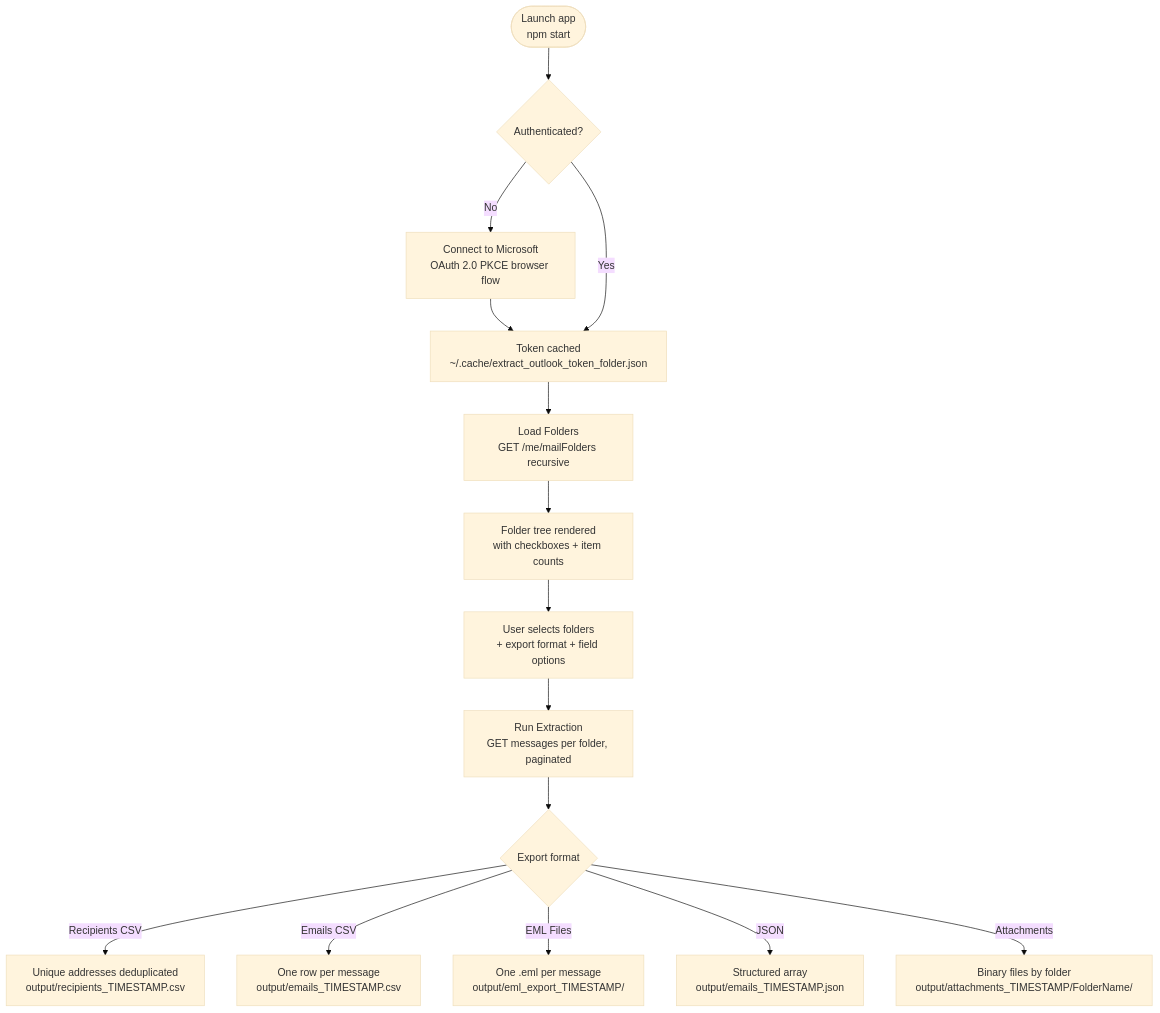
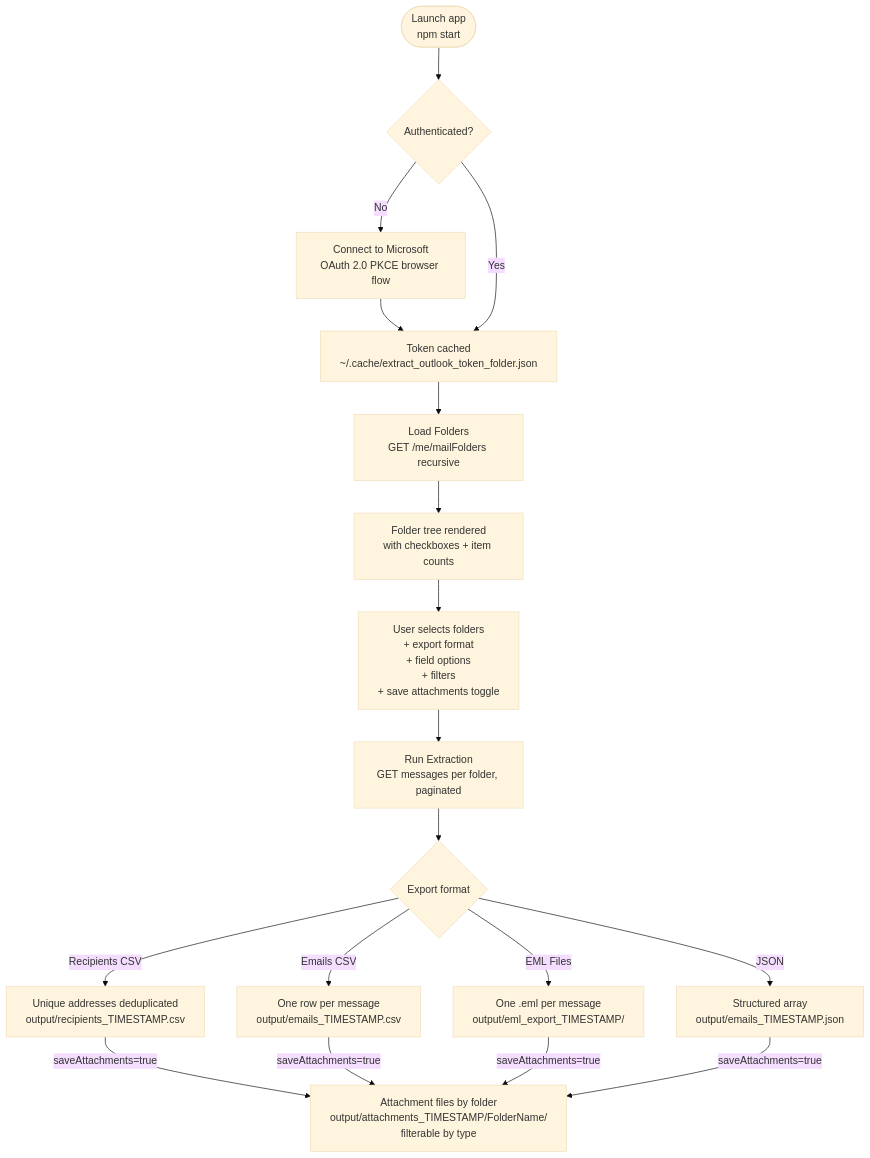
Before and after one commit to aairom/outlook-bob: the diagram in README.md, drawn with Mermaid (base theme). The commit also changed other lines of this file and 5 other files, not shown here.

Commit message:
combining attachments extraction with the existing options

````diff
--- a/README.md
+++ b/README.md
@@ -7,17 +7,17 @@
 ```mermaid
 flowchart TD
     A([Launch app\nnpm start]) --> B{Authenticated?}
     B -- No --> C[Connect to Microsoft\nOAuth 2.0 PKCE browser flow]
     C --> D[Token cached\n~/.cache/extract_outlook_token_folder.json]
     B -- Yes --> D
     D --> E[Load Folders\nGET /me/mailFolders recursive]
     E --> F[Folder tree rendered\nwith checkboxes + item counts]
-    F --> G[User selects folders\n+ export format + field options]
+    F --> G[User selects folders\n+ export format\n+ field options\n+ filters\n+ save attachments toggle]
     G --> H[Run Extraction\nGET messages per folder, paginated]
     H --> I{Export format}
     I -- Recipients CSV --> J1[Unique addresses deduplicated\noutput/recipients_TIMESTAMP.csv]
     I -- Emails CSV --> J2[One row per message\noutput/emails_TIMESTAMP.csv]
     I -- EML Files --> J3[One .eml per message\noutput/eml_export_TIMESTAMP/]
     I -- JSON --> J4[Structured array\noutput/emails_TIMESTAMP.json]
-    I -- Attachments --> J5[Binary files by folder\noutput/attachments_TIMESTAMP/FolderName/]
+    J1 & J2 & J3 & J4 -->|saveAttachments=true| J5[Attachment files by folder\noutput/attachments_TIMESTAMP/FolderName/\nfilterable by type]
 ```
````
